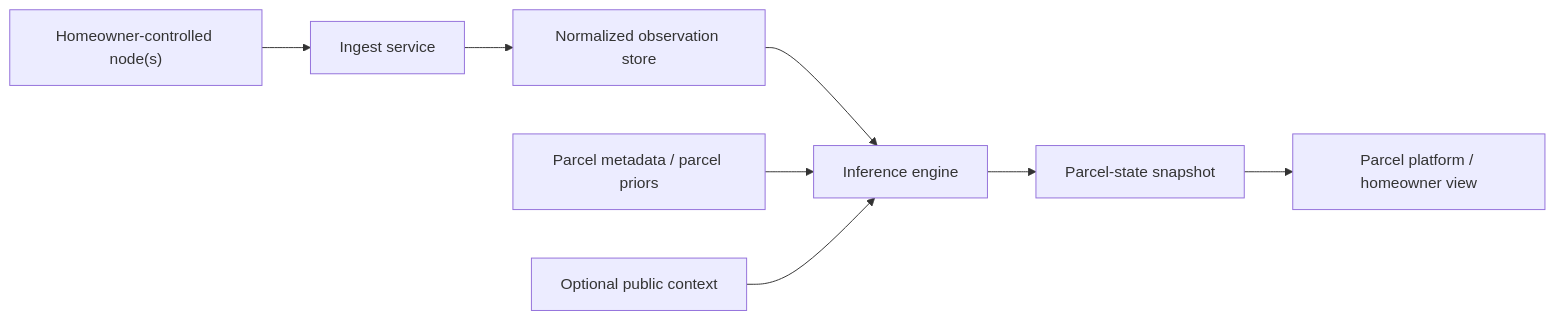
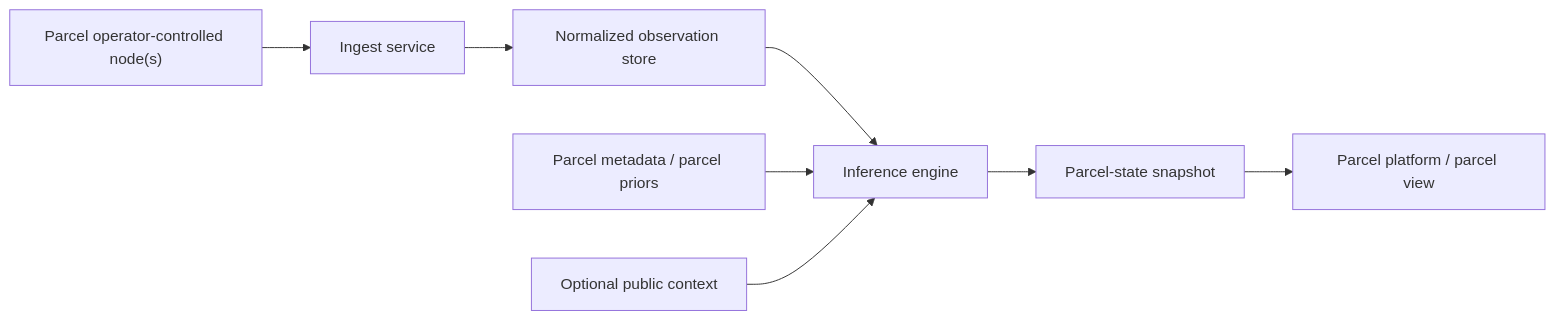
Before and after one commit to lumenaut-llc/oesis-program-specs: the first of 6 diagrams in legal/provisional-figures-parcel-state.md, drawn with Mermaid. The commit also changed 114 other files, not shown here.

````diff
--- a/legal/provisional-figures-parcel-state.md
+++ b/legal/provisional-figures-parcel-state.md
@@ -15,10 +15,10 @@
 ```mermaid
 flowchart LR
-    A["Homeowner-controlled node(s)"] --> B["Ingest service"]
+    A["Parcel operator-controlled node(s)"] --> B["Ingest service"]
     B --> C["Normalized observation store"]
     C --> F["Inference engine"]
     D["Parcel metadata / parcel priors"] --> F
     G["Optional public context"] --> F
     F --> H["Parcel-state snapshot"]
-    H --> I["Parcel platform / homeowner view"]
+    H --> I["Parcel platform / parcel view"]
 ```
````
